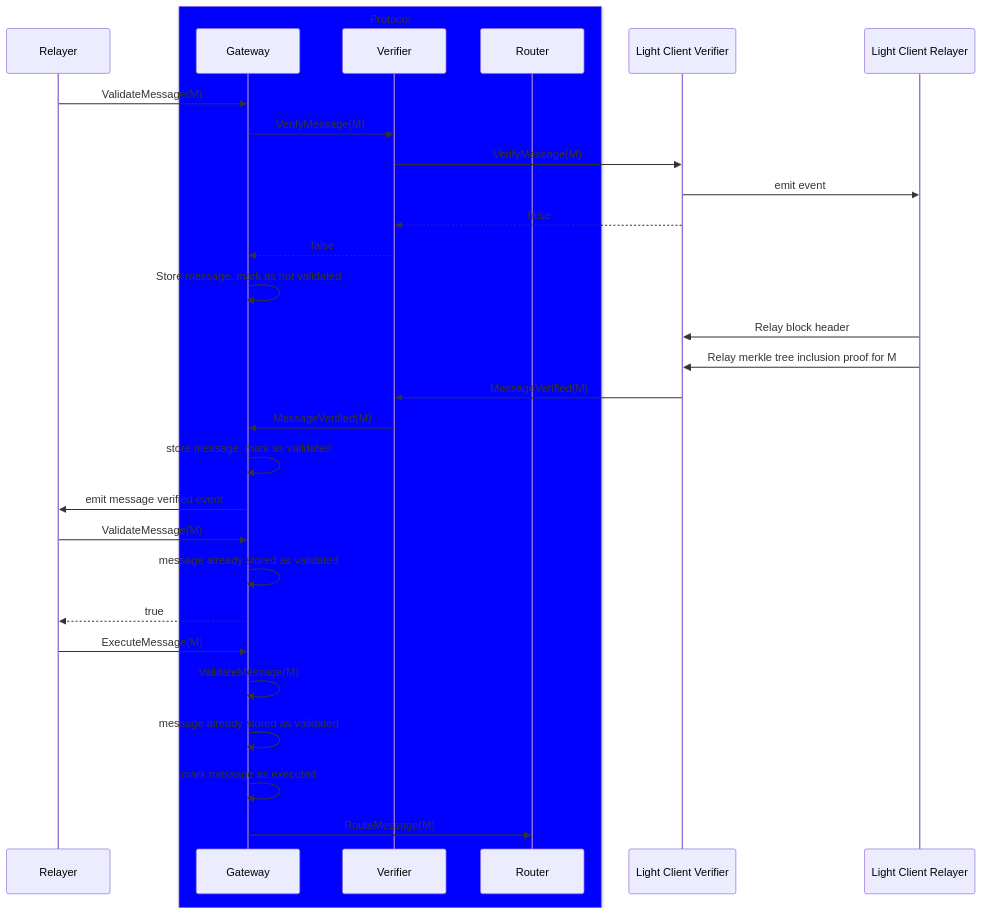
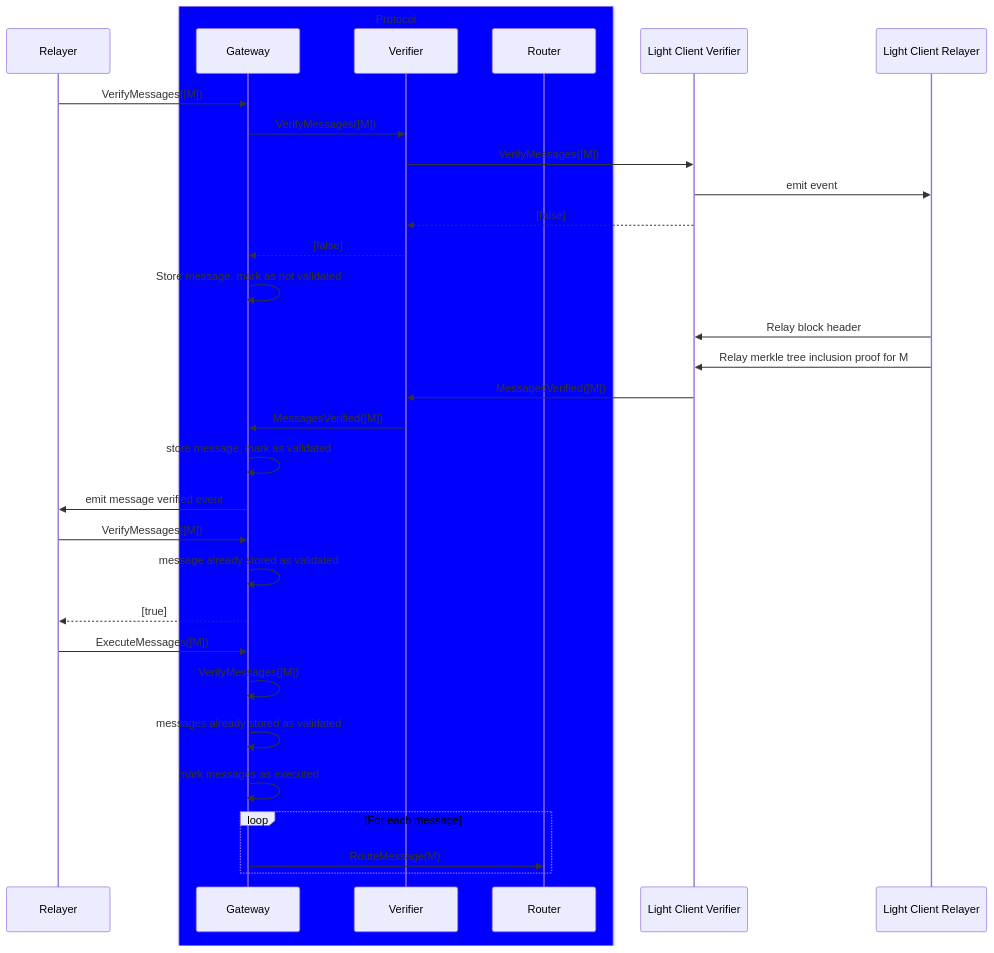
Before and after one commit to axelarnetwork/axelar-amplifier: the tenth of 13 diagrams in README.md, drawn with Mermaid. The commit also changed other lines of this file, not shown here.

````diff
--- a/README.md
+++ b/README.md
@@ -320,38 +336,40 @@
 ```mermaid
 sequenceDiagram
     participant Relayer
     box Blue Protocol
     participant Gateway
     participant Verifier
     participant Router
     end
     participant Light Client Verifier
     participant Light Client Relayer
 
 
-    Relayer->>Gateway: ValidateMessage(M)
-    Gateway->>Verifier: VerifyMessage(M)
-    Verifier->>Light Client Verifier: VerifyMessage(M)
+    Relayer->>Gateway: VerifyMessages([M])
+    Gateway->>Verifier: VerifyMessages([M])
+    Verifier->>Light Client Verifier: VerifyMessages([M])
     Light Client Verifier->>Light Client Relayer: emit event
-    Light Client Verifier-->>Verifier: false
-    Verifier-->>Gateway: false
+    Light Client Verifier-->>Verifier: [false]
+    Verifier-->>Gateway: [false]
     Gateway->>Gateway: Store message, mark as not validated
 
     Light Client Relayer->>Light Client Verifier: Relay block header
     Light Client Relayer->>Light Client Verifier: Relay merkle tree inclusion proof for M
 
-    Light Client Verifier->>Verifier: MessageVerified(M)
-    Verifier->>Gateway: MessageVerified(M)
+    Light Client Verifier->>Verifier: MessagesVerified([M])
+    Verifier->>Gateway: MessagesVerified([M])
     Gateway->>Gateway: store message, mark as validated
     Gateway->>Relayer: emit message verified event
 
-    Relayer->>Gateway: ValidateMessage(M)
+    Relayer->>Gateway: VerifyMessages([M])
     Gateway->>Gateway: message already stored as validated
-    Gateway-->>Relayer: true
+    Gateway-->>Relayer: [true]
 
-    Relayer->>Gateway: ExecuteMessage(M)
-    Gateway->>Gateway: ValidateMessage(M)
-    Gateway->>Gateway: message already stored as validated
-    Gateway->>Gateway: mark message as executed
-    Gateway->>Router: RouteMessage(M)
+    Relayer->>Gateway: ExecuteMessages([M])
+    Gateway->>Gateway: VerifyMessages([M])
+    Gateway->>Gateway: messages already stored as validated
+    Gateway->>Gateway: mark messages as executed
+    loop For each message
+        Gateway->>Router: RouteMessage(M)
+    end
 ```
````
